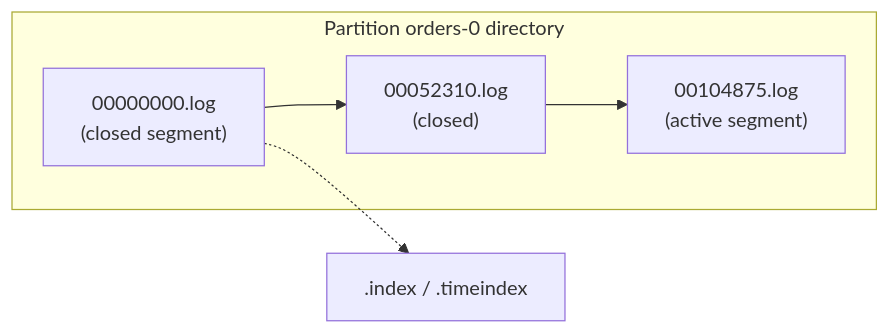
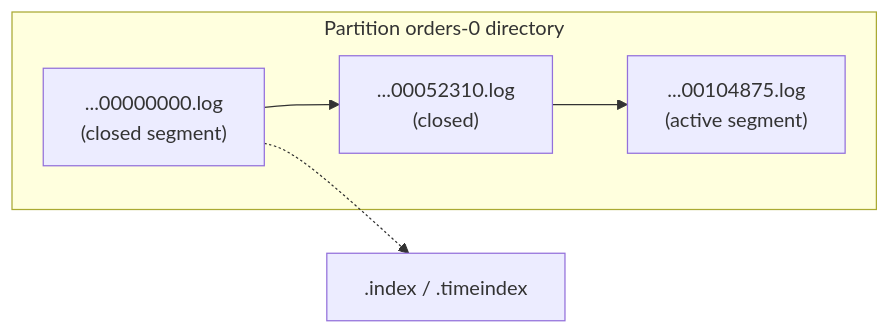
The second of 3 diagrams in docs/kafka/02-kafka-architecture-brokers-topics-partitions-replication-isr.md (vishalhulawale/knowledge-base), drawn with Mermaid before and after one commit. The commit also changed other lines of this file and 5 other files, not shown here.

````diff
--- a/docs/kafka/02-kafka-architecture-brokers-topics-partitions-replication-isr.md
+++ b/docs/kafka/02-kafka-architecture-brokers-topics-partitions-replication-isr.md
@@ -60,7 +60,7 @@
 ```mermaid
 flowchart LR
     subgraph P0dir["Partition orders-0 directory"]
-      S1["00000000.log<br/>(closed segment)"] --> S2["00052310.log<br/>(closed)"] --> S3["00104875.log<br/>(active segment)"]
+      S1["...00000000.log<br/>(closed segment)"] --> S2["...00052310.log<br/>(closed)"] --> S3["...00104875.log<br/>(active segment)"]
     end
-    S1 -.-> I1[.index / .timeindex]
+    S1 -.-> I1[".index / .timeindex"]
 ```
````
